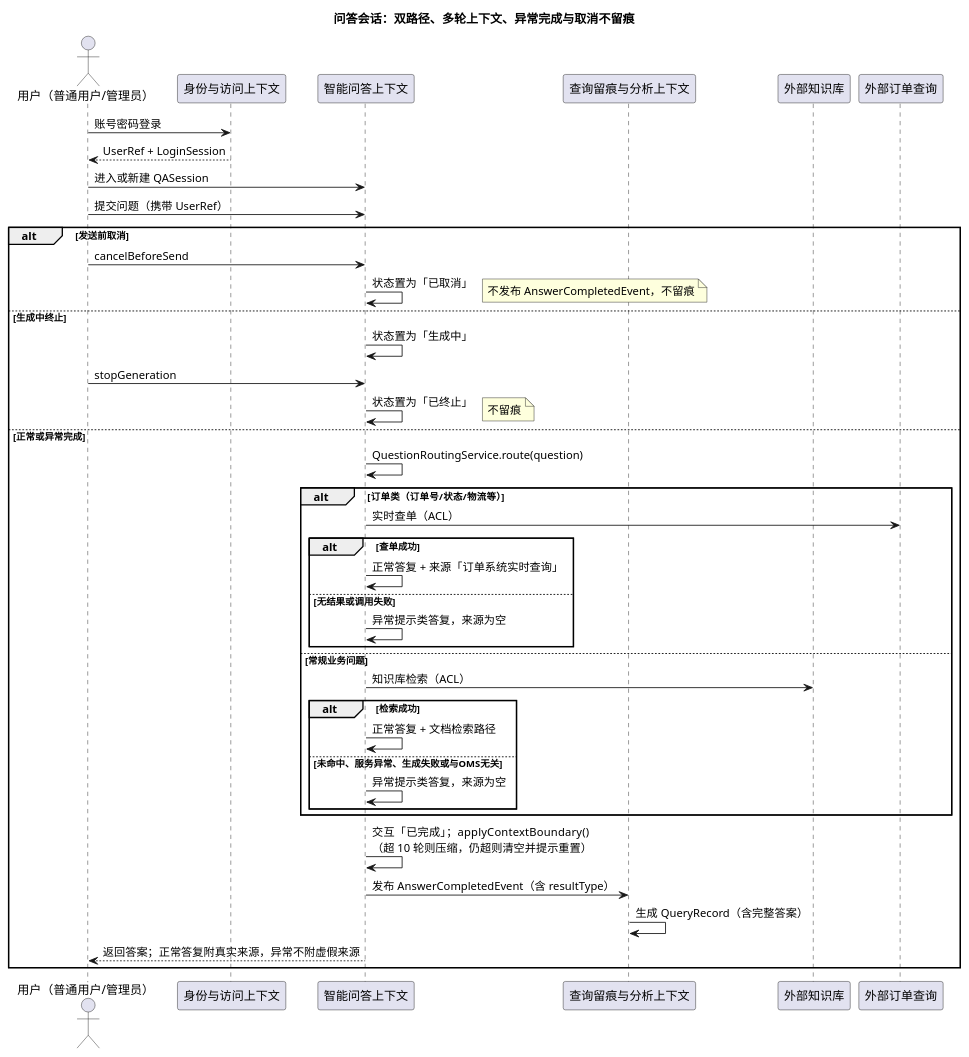
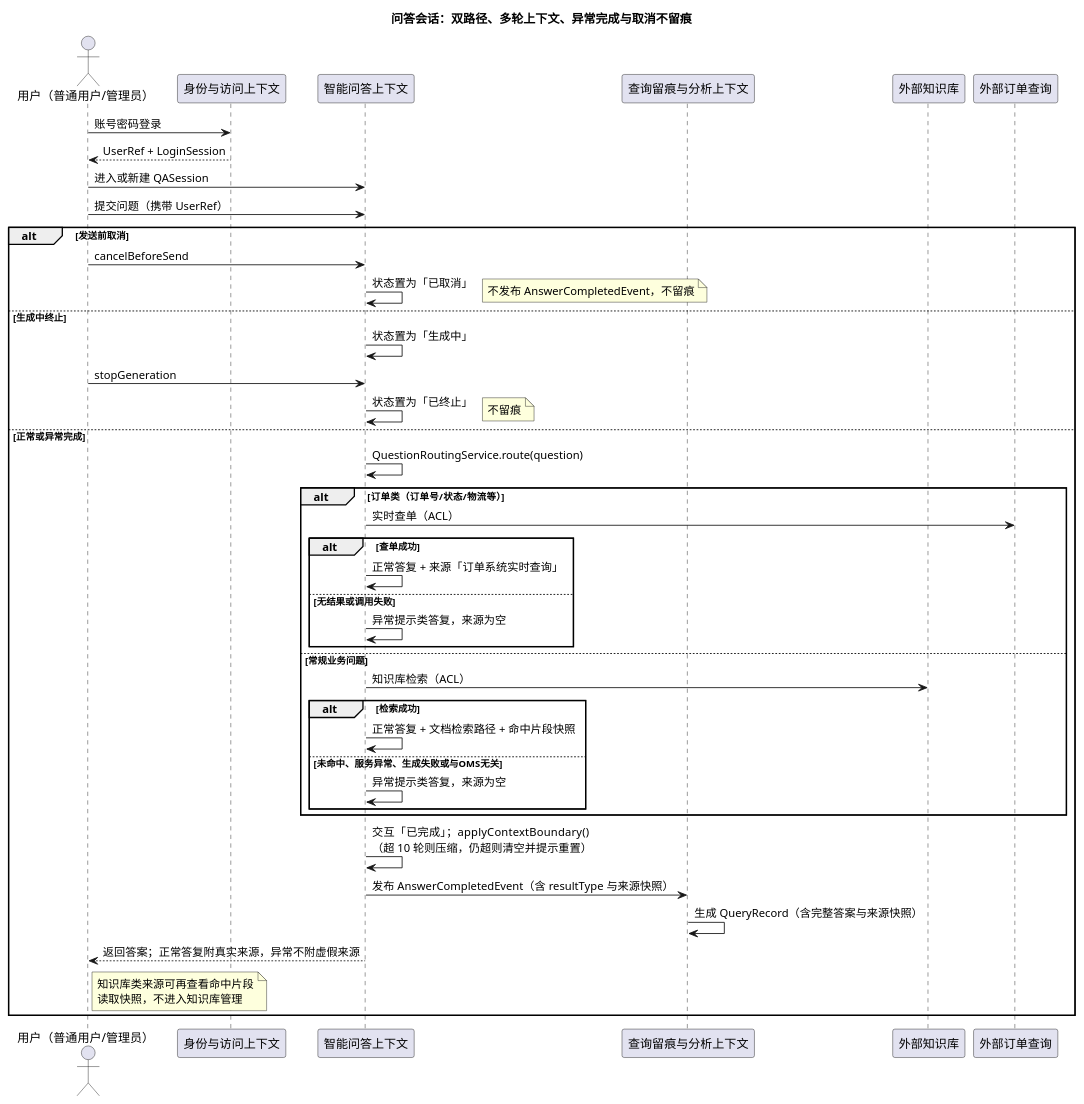
Before and after one commit to Wendy123wx/OMS-AI-RAG-Agent: the seventh of 13 diagrams in docs/prd/02-领域模型.md, drawn with PlantUML. The commit also changed other lines of this file and 13 other files, not shown here.

````diff
--- a/docs/prd/02-领域模型.md
+++ b/docs/prd/02-领域模型.md
@@ -761,50 +957,54 @@
 ```plantuml
 @startuml SequenceAskAndRecord
 title 问答会话：双路径、多轮上下文、异常完成与取消不留痕
 
 actor "用户（普通用户/管理员）" as U
 participant "身份与访问上下文" as IAM
 participant "智能问答上下文" as QA
 participant "查询留痕与分析上下文" as QTA
 participant "外部知识库" as KB
 participant "外部订单查询" as OMS
 
 U -> IAM : 账号密码登录
 IAM --> U : UserRef + LoginSession
 U -> QA : 进入或新建 QASession
 U -> QA : 提交问题（携带 UserRef）
 
 alt 发送前取消
   U -> QA : cancelBeforeSend
   QA -> QA : 状态置为「已取消」
   note right : 不发布 AnswerCompletedEvent，不留痕
 else 生成中终止
   QA -> QA : 状态置为「生成中」
   U -> QA : stopGeneration
   QA -> QA : 状态置为「已终止」
   note right : 不留痕
 else 正常或异常完成
   QA -> QA : QuestionRoutingService.route(question)
   alt 订单类（订单号/状态/物流等）
     QA -> OMS : 实时查单（ACL）
     alt 查单成功
       QA -> QA : 正常答复 + 来源「订单系统实时查询」
     else 无结果或调用失败
       QA -> QA : 异常提示类答复，来源为空
     end
   else 常规业务问题
     QA -> KB : 知识库检索（ACL）
     alt 检索成功
-      QA -> QA : 正常答复 + 文档检索路径
+      QA -> QA : 正常答复 + 文档检索路径 + 命中片段快照
     else 未命中、服务异常、生成失败或与OMS无关
       QA -> QA : 异常提示类答复，来源为空
     end
   end
   QA -> QA : 交互「已完成」；applyContextBoundary()\n（超 10 轮则压缩，仍超则清空并提示重置）
-  QA -> QTA : 发布 AnswerCompletedEvent（含 resultType）
-  QTA -> QTA : 生成 QueryRecord（含完整答案）
+  QA -> QTA : 发布 AnswerCompletedEvent（含 resultType 与来源快照）
+  QTA -> QTA : 生成 QueryRecord（含完整答案与来源快照）
   QA --> U : 返回答案；正常答复附真实来源，异常不附虚假来源
+  note right of U
+    知识库类来源可再查看命中片段
+    读取快照，不进入知识库管理
+  end note
 end
 
 @enduml
 ```
````
